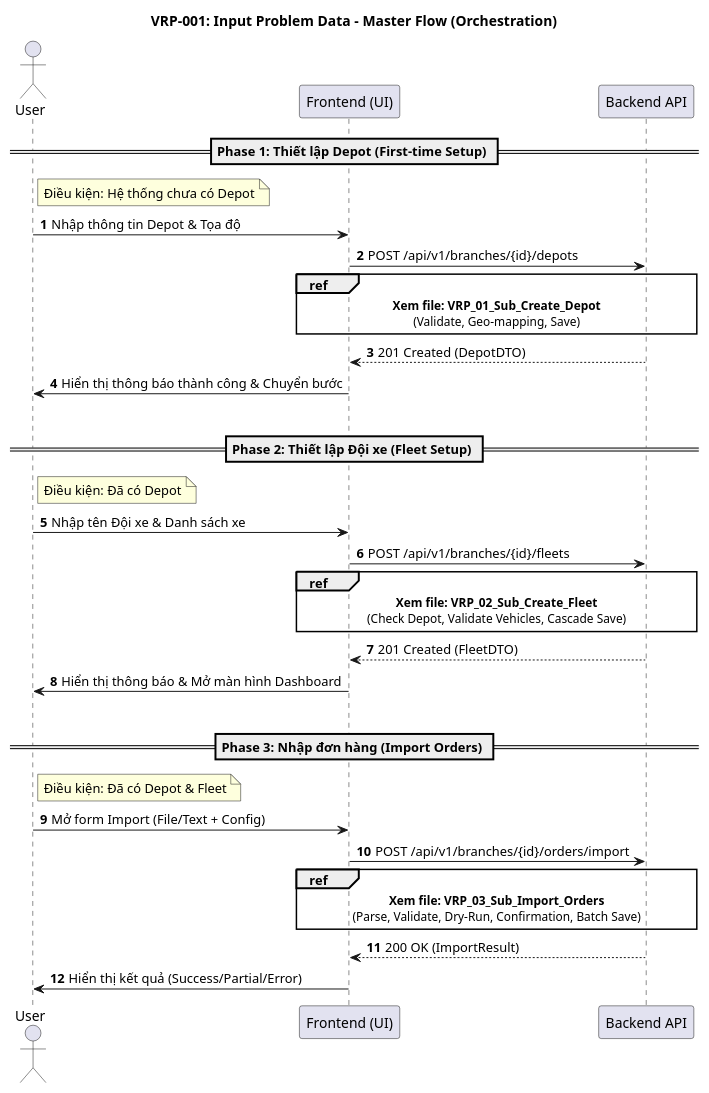
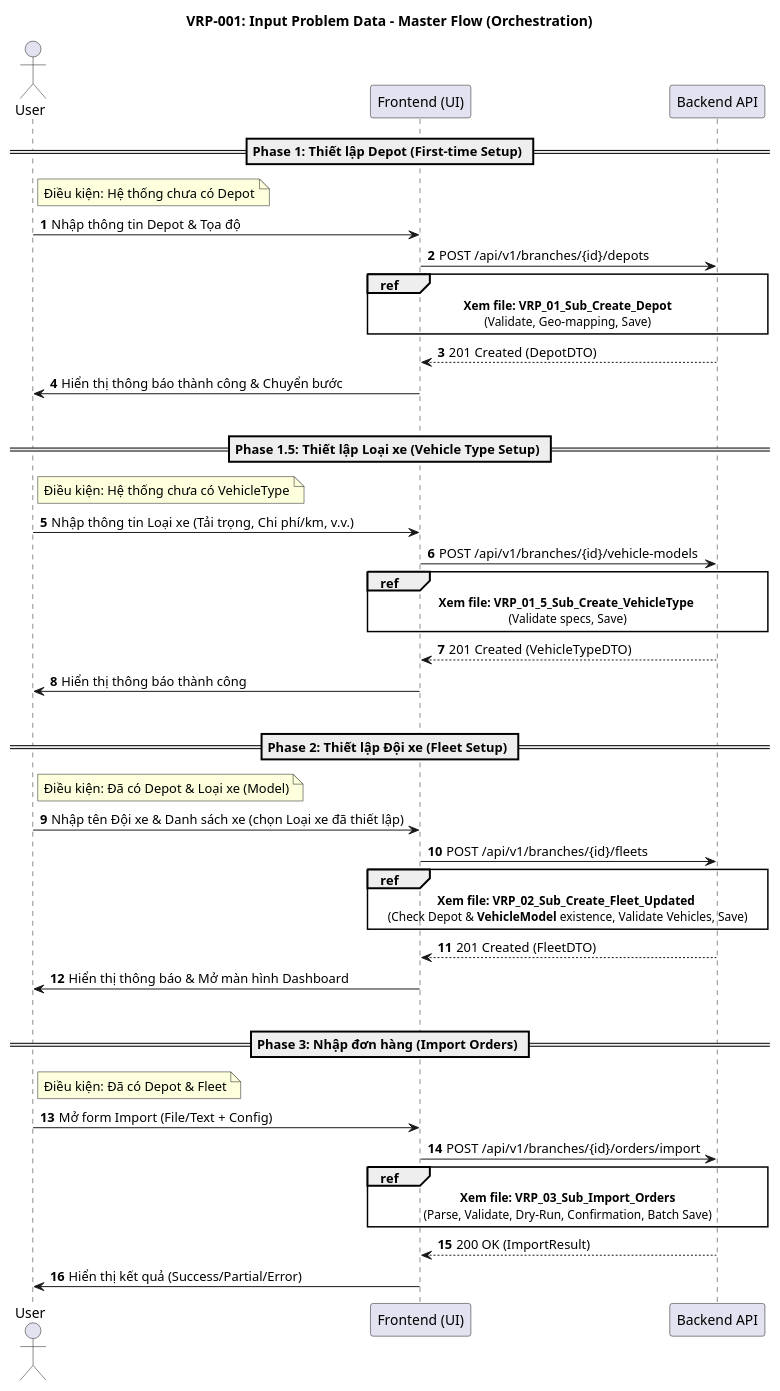
Before and after one commit to tammysensitive2312/GVRP-Logistics-optimize: the diagram in GVRP_Document/source/design/sequence_new/VRP-001_00_Master_Flow.puml, drawn with PlantUML. The commit also changed 42 other files, not shown here.

Commit message:
update business, add vehicle type entity

```diff
--- a/GVRP_Document/source/design/sequence_new/VRP-001_00_Master_Flow.puml
+++ b/GVRP_Document/source/design/sequence_new/VRP-001_00_Master_Flow.puml
@@ -1,48 +1,65 @@
 @startuml VRP_00_Master_Flow
 title VRP-001: Input Problem Data - Master Flow (Orchestration)
 
 actor User
 participant "Frontend (UI)" as UI
 participant "Backend API" as BE
 
 autonumber
 
 == Phase 1: Thiết lập Depot (First-time Setup) ==
 note right of User: Điều kiện: Hệ thống chưa có Depot
 
 User -> UI: Nhập thông tin Depot & Tọa độ
 UI -> BE: POST /api/v1/branches/{id}/depots
 
 ' Sử dụng REF để tham chiếu đến diagram chi tiết
 ref over UI, BE: **Xem file: VRP_01_Sub_Create_Depot**\n(Validate, Geo-mapping, Save)
 
 BE --> UI: 201 Created (DepotDTO)
 UI -> User: Hiển thị thông báo thành công & Chuyển bước
+
+|||
+
+== Phase 1.5: Thiết lập Loại xe (Vehicle Type Setup) ==
+
+note right of User: Điều kiện: Hệ thống chưa có VehicleType
+
+User -> UI: Nhập thông tin Loại xe (Tải trọng, Chi phí/km, v.v.)
+
+UI -> BE: POST /api/v1/branches/{id}/vehicle-models
+
+ref over UI, BE: **Xem file: VRP_01_5_Sub_Create_VehicleType** \n(Validate specs, Save)
+
+BE --> UI: 201 Created (VehicleTypeDTO)
+
+UI -> User: Hiển thị thông báo thành công
+
 |||
 
 == Phase 2: Thiết lập Đội xe (Fleet Setup) ==
-note right of User: Điều kiện: Đã có Depot
+note right of User: Điều kiện: Đã có Depot & Loại xe (Model)
 
-User -> UI: Nhập tên Đội xe & Danh sách xe
+User -> UI: Nhập tên Đội xe & Danh sách xe (chọn Loại xe đã thiết lập)
+
 UI -> BE: POST /api/v1/branches/{id}/fleets
 
-' Sử dụng REF để tham chiếu đến diagram chi tiết
-ref over UI, BE: **Xem file: VRP_02_Sub_Create_Fleet**\n(Check Depot, Validate Vehicles, Cascade Save)
+ref over UI, BE: **Xem file: VRP_02_Sub_Create_Fleet_Updated** \n(Check Depot & **VehicleModel** existence, Validate Vehicles, Save)
 
 BE --> UI: 201 Created (FleetDTO)
 UI -> User: Hiển thị thông báo & Mở màn hình Dashboard
 |||
 
 == Phase 3: Nhập đơn hàng (Import Orders) ==
 note right of User: Điều kiện: Đã có Depot & Fleet
 
 User -> UI: Mở form Import (File/Text + Config)
 UI -> BE: POST /api/v1/branches/{id}/orders/import
 
 ' Sử dụng REF để tham chiếu đến diagram chi tiết
 ref over UI, BE: **Xem file: VRP_03_Sub_Import_Orders**\n(Parse, Validate, Dry-Run, Confirmation, Batch Save)
 
 BE --> UI: 200 OK (ImportResult)
 UI -> User: Hiển thị kết quả (Success/Partial/Error)
 
 @enduml
```
